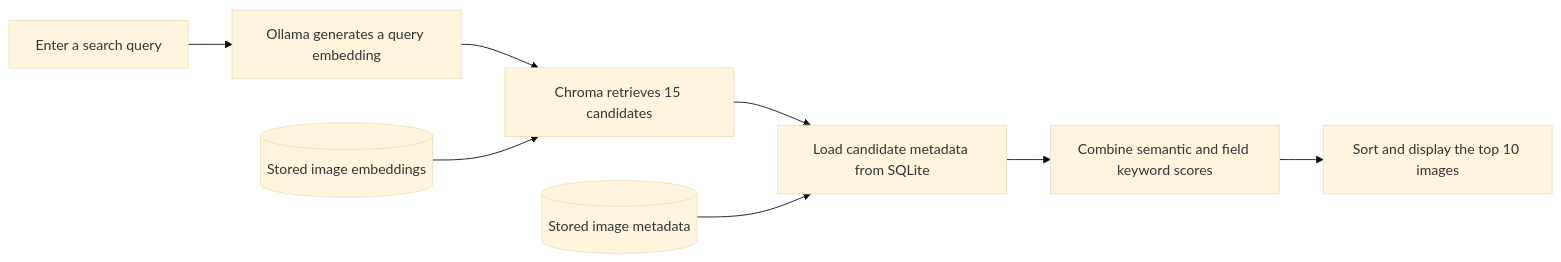
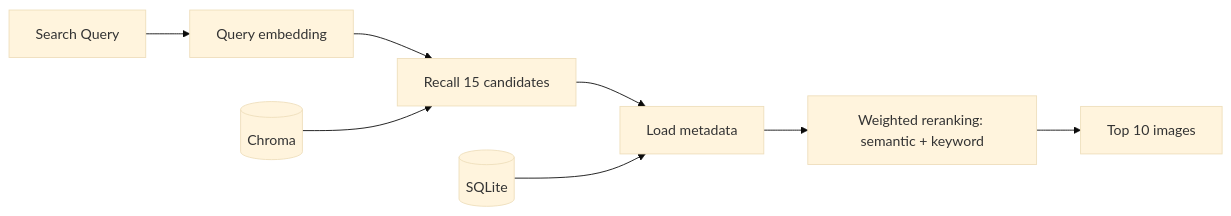
The second of 2 diagrams in README.md (wyjxx/vision-index), drawn with Mermaid (base theme) before and after one commit. The commit also changed other lines of this file, not shown here.

````diff
--- a/README.md
+++ b/README.md
@@ -49,10 +47,10 @@
 ```mermaid
 flowchart LR
-    J[Enter a search query] --> K[Ollama generates a query embedding]
-    K --> L[Chroma retrieves 15 candidates]
-    I[(Stored image embeddings)] --> L
-    L --> M[Load candidate metadata from SQLite]
-    F[(Stored image metadata)] --> M
-    M --> N[Combine semantic and field keyword scores]
-    N --> O[Sort and display the top 10 images]
+    A[Search Query] --> B[Query embedding]
+    B --> C[Recall 15 candidates]
+    D[(Chroma)] --> C
+    C --> E[Load metadata]
+    F[(SQLite)] --> E
+    E --> G[Weighted reranking: semantic + keyword]
+    G --> H[Top 10 images]
 ```
````
